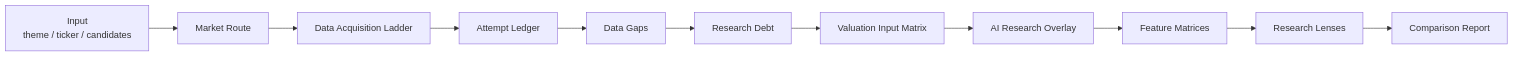
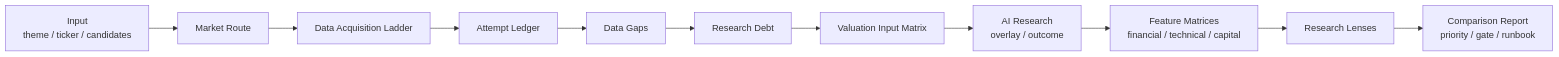
One commit to lucisxu6-cpu/serenity-chan changed the second of 2 diagrams in README.md. Above: the diagram before and after it, drawn with Mermaid. The commit also changed other lines of this file and 29 other files, not shown here.

````diff
--- a/README.md
+++ b/README.md
@@ -269,13 +282,13 @@
 ```mermaid
 flowchart LR
   A["Input<br/>theme / ticker / candidates"] --> B["Market Route"]
   B --> C["Data Acquisition Ladder"]
   C --> D["Attempt Ledger"]
   D --> E["Data Gaps"]
   E --> F["Research Debt"]
   F --> G["Valuation Input Matrix"]
-  G --> H["AI Research Overlay"]
-  H --> I["Feature Matrices"]
+  G --> H["AI Research<br/>overlay / outcome"]
+  H --> I["Feature Matrices<br/>financial / technical / capital"]
   I --> J["Research Lenses"]
-  J --> K["Comparison Report"]
+  J --> K["Comparison Report<br/>priority / gate / runbook"]
 ```
````
